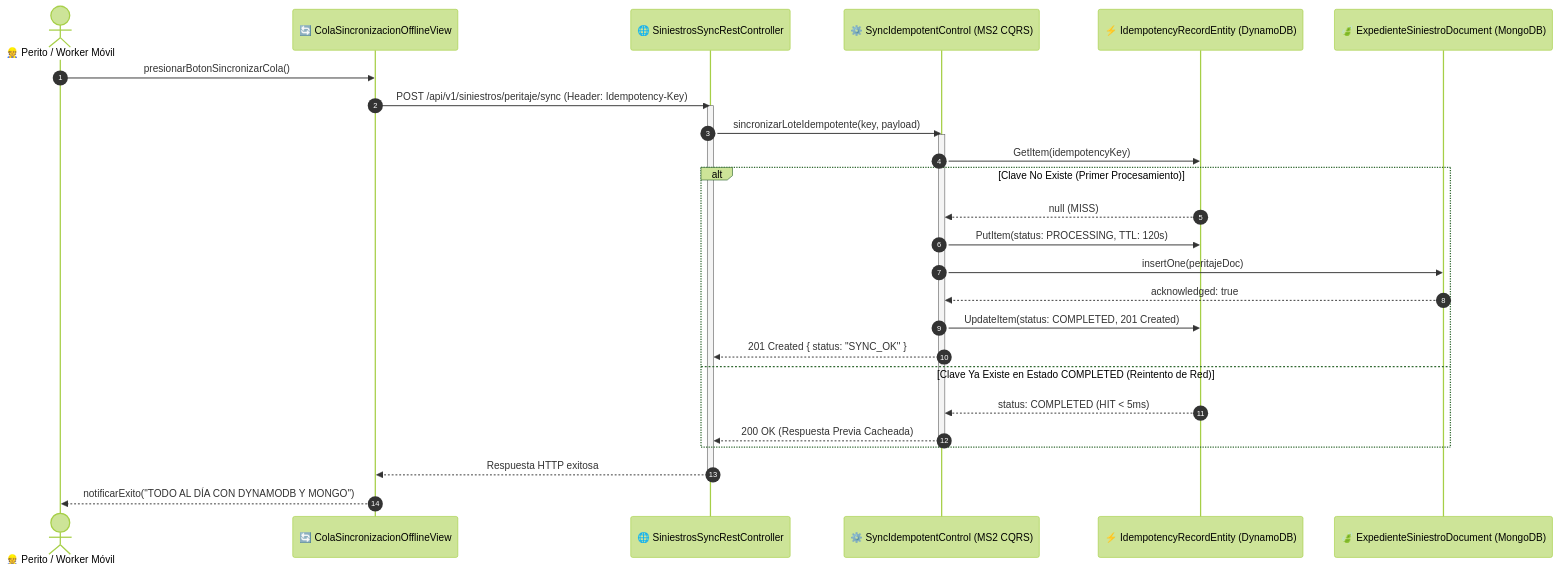
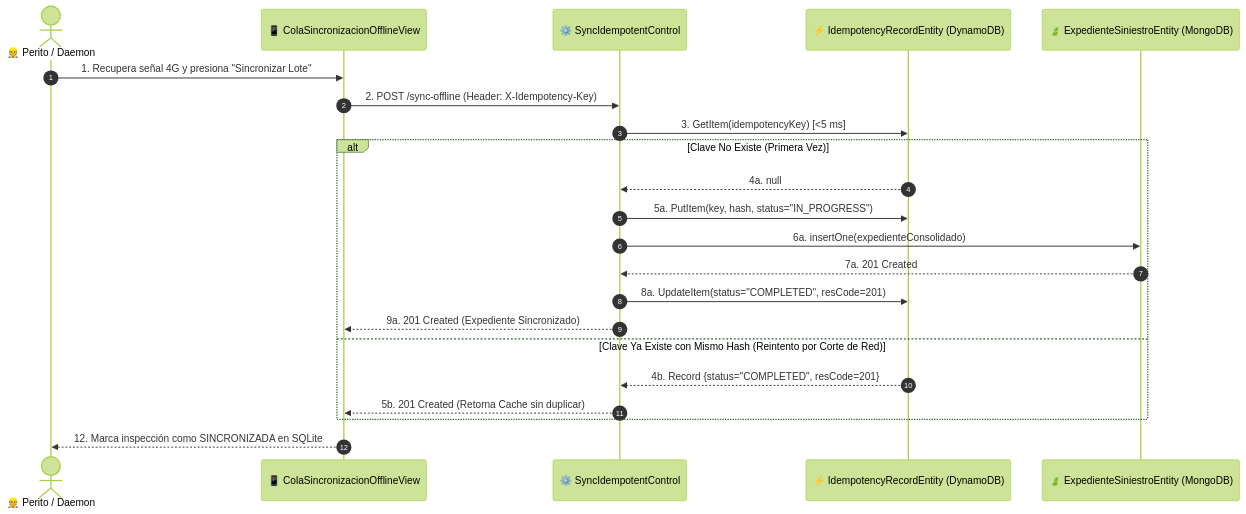
The tenth of 16 diagrams in docs/FASE_3_DOCUMENTACION_ICONIX_PERFIL_B.md (DiegoxdGarcia2/2doParcialSW2), drawn with Mermaid (forest theme) before and after one commit. The commit also changed other lines of this file and 11 other files, not shown here.

Commit message:
docs(iconix): documentacion integral del sistema completo AegisCore AI (CU01-CU15) y base de datos nativa Enterprise Architect 17.2 (.qea) con conectores y mensajes corregidos

````diff
--- a/docs/FASE_3_DOCUMENTACION_ICONIX_PERFIL_B.md
+++ b/docs/FASE_3_DOCUMENTACION_ICONIX_PERFIL_B.md
@@ -700,32 +1081,25 @@
 ```mermaid
 sequenceDiagram
     autonumber
-    actor PER as 👷 Perito / Worker Móvil
-    participant VIEW as 🔄 ColaSincronizacionOfflineView
-    participant REST as 🌐 SiniestrosSyncRestController
-    participant CTRL as ⚙️ SyncIdempotentControl (MS2 CQRS)
-    participant DYN as ⚡ IdempotencyRecordEntity (DynamoDB)
-    participant MDB as 🍃 ExpedienteSiniestroDocument (MongoDB)
+    actor Perito as 👷 Perito / Daemon
+    participant SyncView as 📱 ColaSincronizacionOfflineView
+    participant Control as ⚙️ SyncIdempotentControl
+    participant DynamoDB as ⚡ IdempotencyRecordEntity (DynamoDB)
+    participant MongoDB as 🍃 ExpedienteSiniestroEntity (MongoDB)
 
-    PER->>VIEW: presionarBotonSincronizarCola()
-    VIEW->>REST: POST /api/v1/siniestros/peritaje/sync (Header: Idempotency-Key)
-    activate REST
-    REST->>CTRL: sincronizarLoteIdempotente(key, payload)
-    activate CTRL
-    CTRL->>DYN: GetItem(idempotencyKey)
-    alt Clave No Existe (Primer Procesamiento)
-        DYN-->>CTRL: null (MISS)
-        CTRL->>DYN: PutItem(status: PROCESSING, TTL: 120s)
-        CTRL->>MDB: insertOne(peritajeDoc)
-        MDB-->>CTRL: acknowledged: true
-        CTRL->>DYN: UpdateItem(status: COMPLETED, 201 Created)
-        CTRL-->>REST: 201 Created { status: "SYNC_OK" }
-    else Clave Ya Existe en Estado COMPLETED (Reintento de Red)
-        DYN-->>CTRL: status: COMPLETED (HIT < 5ms)
-        CTRL-->>REST: 200 OK (Respuesta Previa Cacheada)
+    Perito->>SyncView: 1. Recupera señal 4G y presiona "Sincronizar Lote"
+    SyncView->>Control: 2. POST /sync-offline (Header: X-Idempotency-Key)
+    Control->>DynamoDB: 3. GetItem(idempotencyKey) [<5 ms]
+    alt Clave No Existe (Primera Vez)
+        DynamoDB-->>Control: 4a. null
+        Control->>DynamoDB: 5a. PutItem(key, hash, status="IN_PROGRESS")
+        Control->>MongoDB: 6a. insertOne(expedienteConsolidado)
+        MongoDB-->>Control: 7a. 201 Created
+        Control->>DynamoDB: 8a. UpdateItem(status="COMPLETED", resCode=201)
+        Control-->>SyncView: 9a. 201 Created (Expediente Sincronizado)
+    else Clave Ya Existe con Mismo Hash (Reintento por Corte de Red)
+        DynamoDB-->>Control: 4b. Record {status="COMPLETED", resCode=201}
+        Control-->>SyncView: 5b. 201 Created (Retorna Cache sin duplicar)
     end
-    deactivate CTRL
-    REST-->>VIEW: Respuesta HTTP exitosa
-    deactivate REST
-    VIEW-->>PER: notificarExito("TODO AL DÍA CON DYNAMODB Y MONGO")
+    SyncView-->>Perito: 12. Marca inspección como SINCRONIZADA en SQLite
 ```
````
